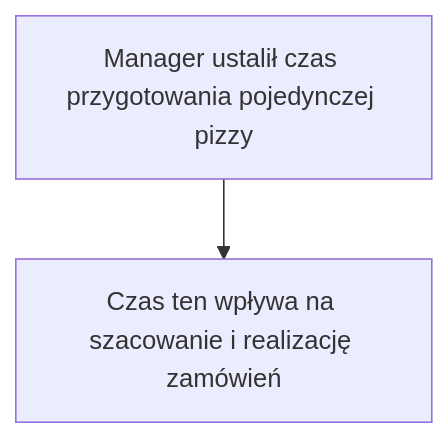
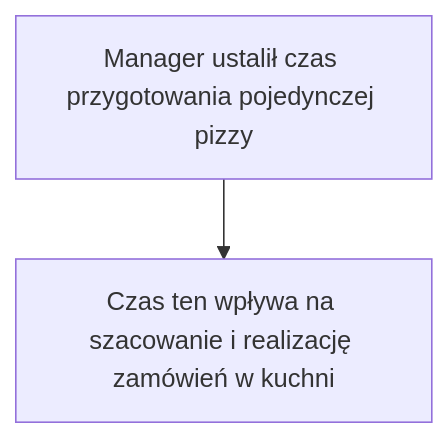
One commit to mmalessa/pizzeria changed the eighth of 10 diagrams in doc/110_big_picture.md. Above: the diagram before and after it, drawn with Mermaid. The commit also changed other lines of this file and 6 other files, not shown here.

````diff
--- a/doc/110_big_picture.md
+++ b/doc/110_big_picture.md
@@ -155,6 +155,6 @@
 ```mermaid
 flowchart TD
 
 A[Manager ustalił czas przygotowania pojedynczej pizzy]
---> B[Czas ten wpływa na szacowanie i realizację zamówień]
+--> B[Czas ten wpływa na szacowanie i realizację zamówień w kuchni]
 ```
````
